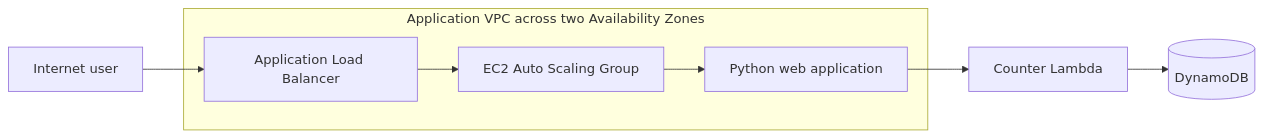
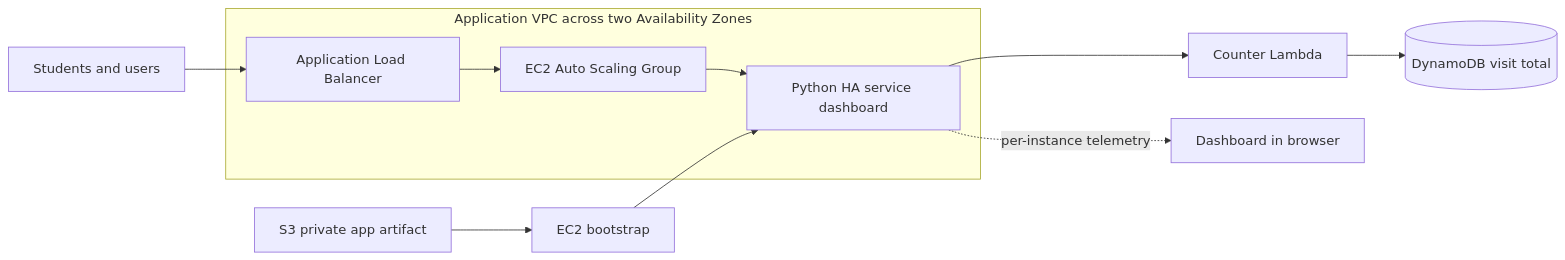
One commit to atulkamble/aws-highly-available-webapp changed the diagram in README.md. Above: the diagram before and after it, drawn with Mermaid. The commit also changed other lines of this file and 9 other files, not shown here.

````diff
--- a/README.md
+++ b/README.md
@@ -9,14 +9,17 @@
 ```mermaid
 flowchart LR
-    User[Internet user] --> ALB[Application Load Balancer]
+    User[Students and users] --> ALB[Application Load Balancer]
     ALB --> ASG[EC2 Auto Scaling Group]
-    ASG --> Web[Python web application]
-    Web --> Lambda[Counter Lambda]
-    Lambda --> DDB[(DynamoDB)]
+    ASG --> Web[Python HA service dashboard]
+    Web --> Counter[Counter Lambda]
+    Counter --> Visits[(DynamoDB visit total)]
+    Web -. per-instance telemetry .-> Browser[Dashboard in browser]
+    Artifact[S3 private app artifact] --> EC2[EC2 bootstrap]
+    EC2 --> Web
 
     subgraph VPC[Application VPC across two Availability Zones]
         ALB
         ASG
         Web
     end
 ```
````
